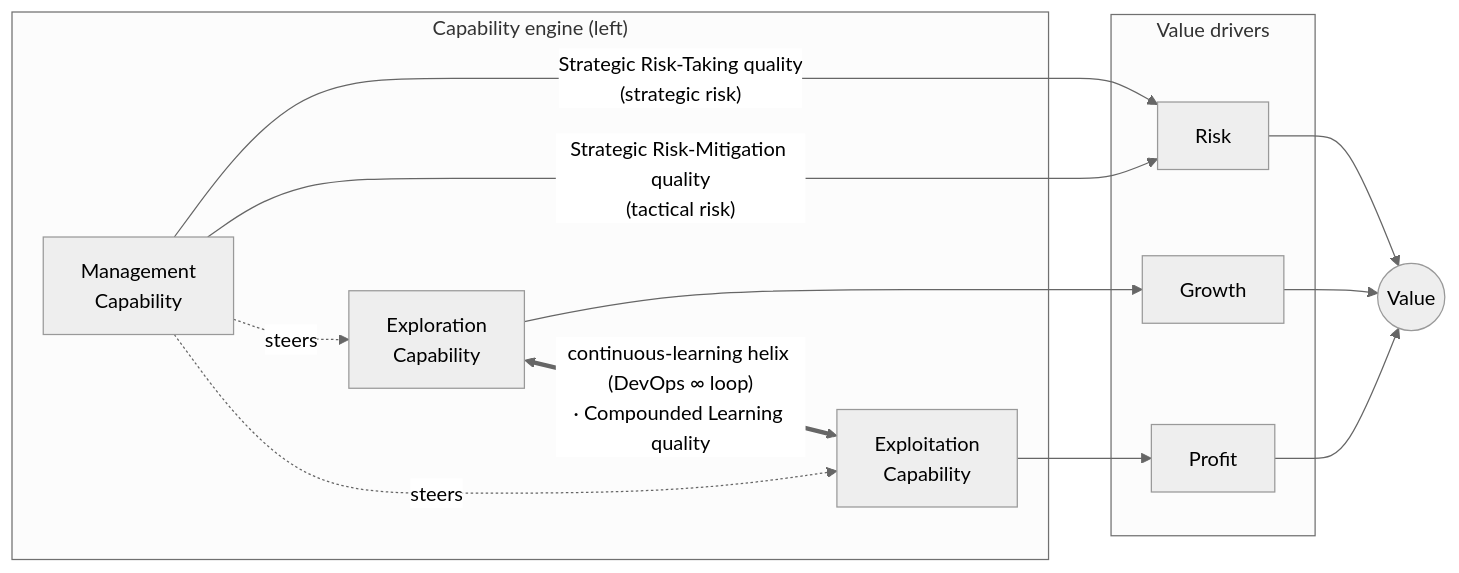
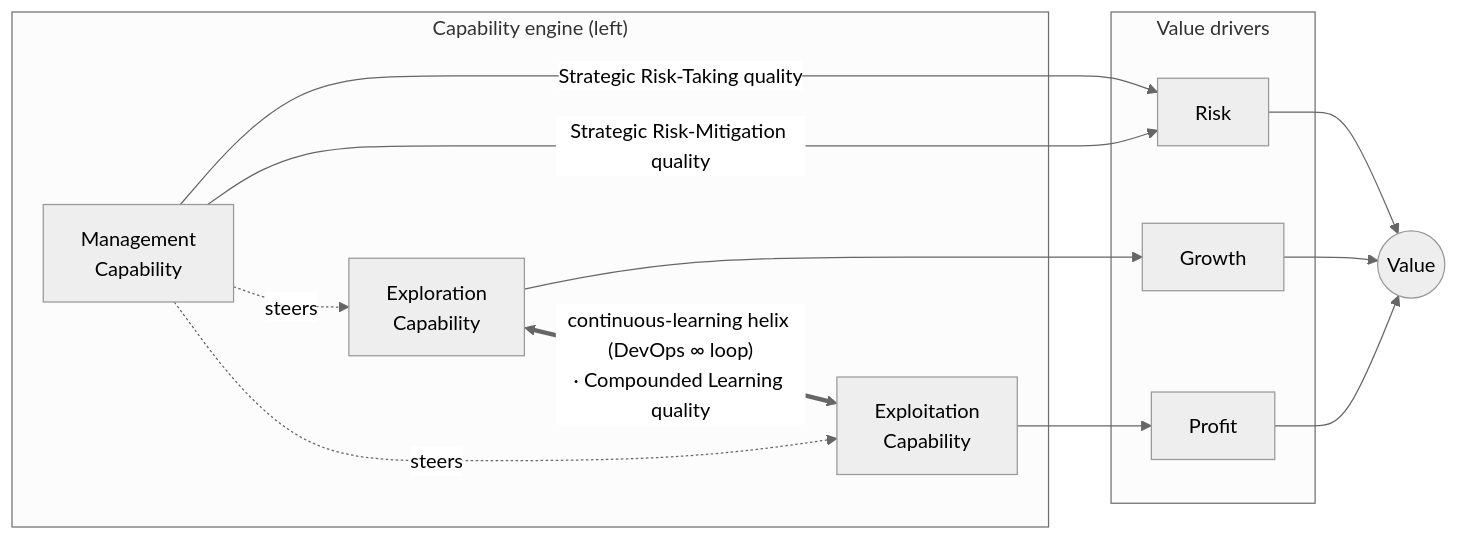
Before and after one commit to businessdatasolutions/cmr-wiki: the diagram in wiki/concepts/cmr-framework.md, drawn with Mermaid (neutral theme).

Commit message:
fix(cmr-framework): drop redundant (strategic/tactical risk) from diagram edge labels

````diff
--- a/wiki/concepts/cmr-framework.md
+++ b/wiki/concepts/cmr-framework.md
@@ -48,26 +48,26 @@
 ```mermaid
 flowchart LR
   subgraph ENGINE["Capability engine (left)"]
     EXPL["Exploration<br/>Capability"]
     EXPT["Exploitation<br/>Capability"]
     MGMT["Management<br/>Capability"]
   end
   subgraph DRIVERS["Value drivers"]
     GROW["Growth"]
     PROF["Profit"]
     RISK["Risk"]
   end
   VAL(("Value"))
 
   EXPL --> GROW
   EXPT --> PROF
-  MGMT -- "Strategic Risk-Taking quality<br/>(strategic risk)" --> RISK
-  MGMT -- "Strategic Risk-Mitigation quality<br/>(tactical risk)" --> RISK
+  MGMT -- "Strategic Risk-Taking quality" --> RISK
+  MGMT -- "Strategic Risk-Mitigation quality" --> RISK
   MGMT -.->|steers| EXPL
   MGMT -.->|steers| EXPT
   GROW --> VAL
   PROF --> VAL
   RISK --> VAL
 
   EXPL <== "continuous-learning helix (DevOps ∞ loop)<br/>· Compounded Learning quality" ==> EXPT
 ```
````
